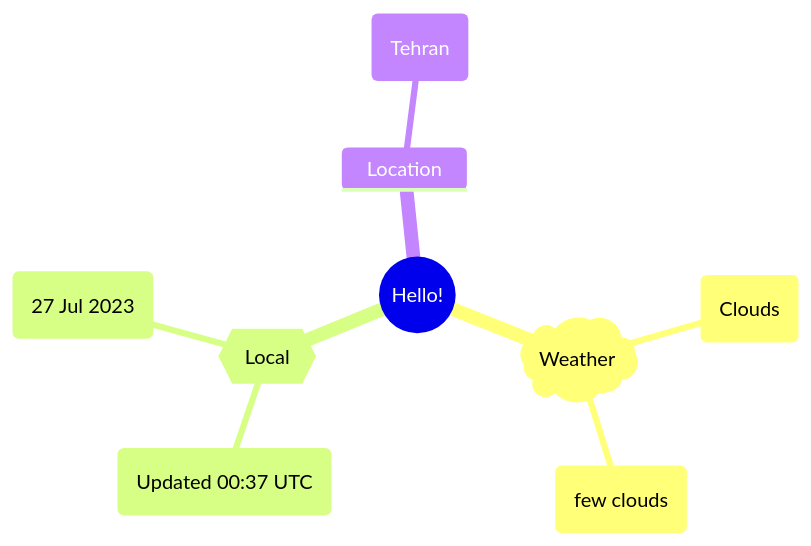
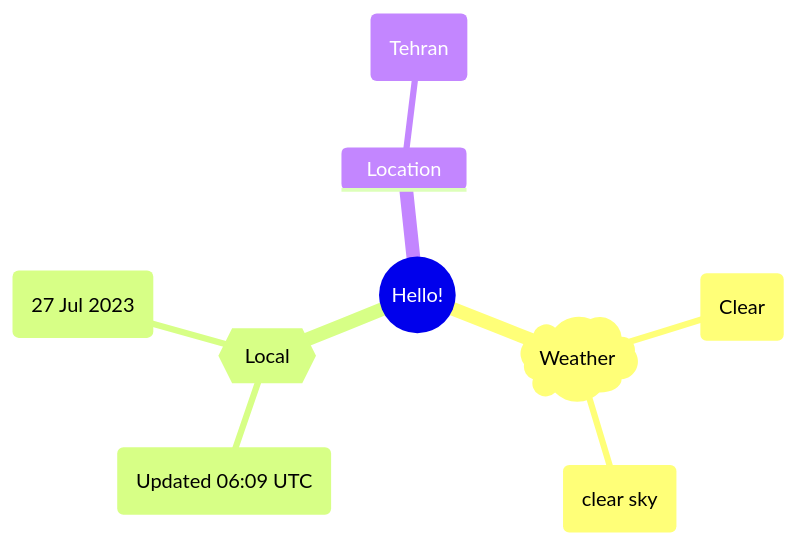
Before and after one commit to Xosrov/Xosrov: the first of 2 diagrams in README.md, drawn with Mermaid.

Commit message:
[bot] updated images

````diff
--- a/README.md
+++ b/README.md
@@ -3,12 +3,12 @@
 ```mermaid
 mindmap
   root((Hello!))
     )Weather(
-        (Clouds)
-        (few clouds)
+        (Clear)
+        (clear sky)
     {{Local}}
-        (Updated 00:37 UTC)
+        (Updated 06:09 UTC)
         (27 Jul 2023)
     Location
         (Tehran)
 ```
````
